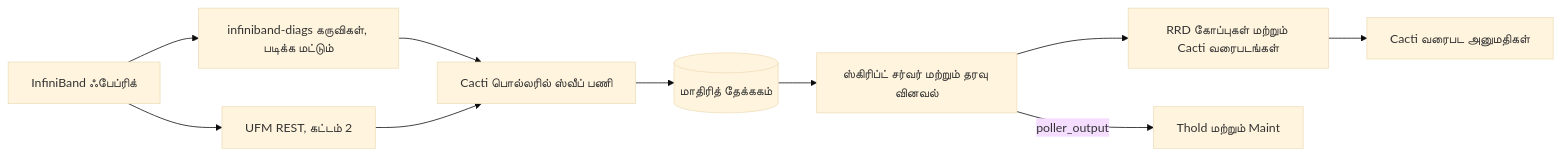
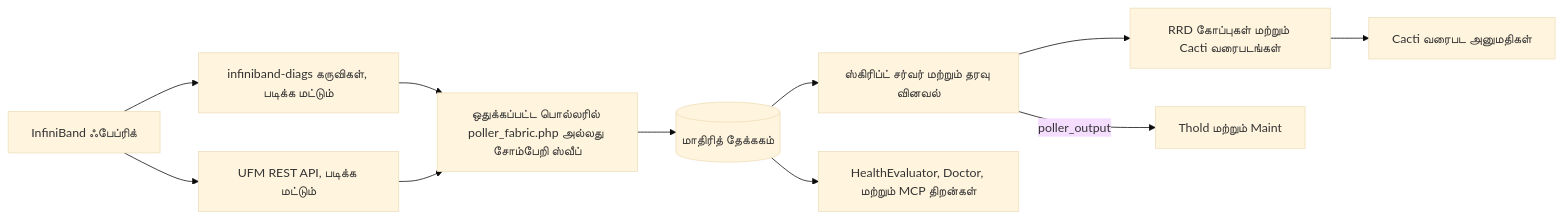
Before and after one commit to somethingwithproof/plugin_fabric: the diagram in docs/i18n/ta-IN/README.md, drawn with Mermaid (base theme). The commit also changed other lines of this file and 48 other files, not shown here.

````diff
--- a/docs/i18n/ta-IN/README.md
+++ b/docs/i18n/ta-IN/README.md
@@ -92,12 +132,13 @@
 ```mermaid
 flowchart LR
     F["InfiniBand ஃபேப்ரிக்"] --> T["infiniband-diags கருவிகள், படிக்க மட்டும்"]
-    F --> U["UFM REST, கட்டம் 2"]
-    T --> S["Cacti பொல்லரில் ஸ்வீப் பணி"]
+    F --> U["UFM REST API, படிக்க மட்டும்"]
+    T --> S["ஒதுக்கப்பட்ட பொல்லரில் poller_fabric.php அல்லது சோம்பேறி ஸ்வீப்"]
     U --> S
     S --> C[("மாதிரித் தேக்ககம்")]
     C --> SS["ஸ்கிரிப்ட் சர்வர் மற்றும் தரவு வினவல்"]
     SS --> R["RRD கோப்புகள் மற்றும் Cacti வரைபடங்கள்"]
     SS -->|poller_output| TH["Thold மற்றும் Maint"]
+    C --> H["HealthEvaluator, Doctor, மற்றும் MCP திறன்கள்"]
     R --> P["Cacti வரைபட அனுமதிகள்"]
 ```
````
